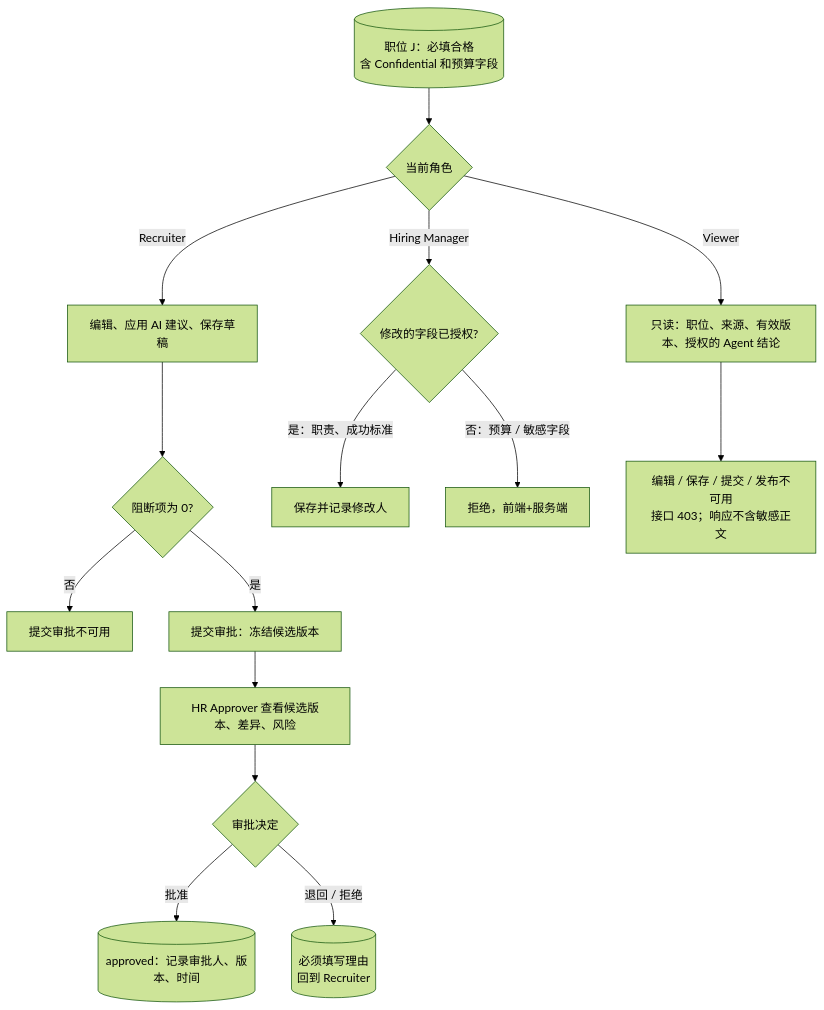
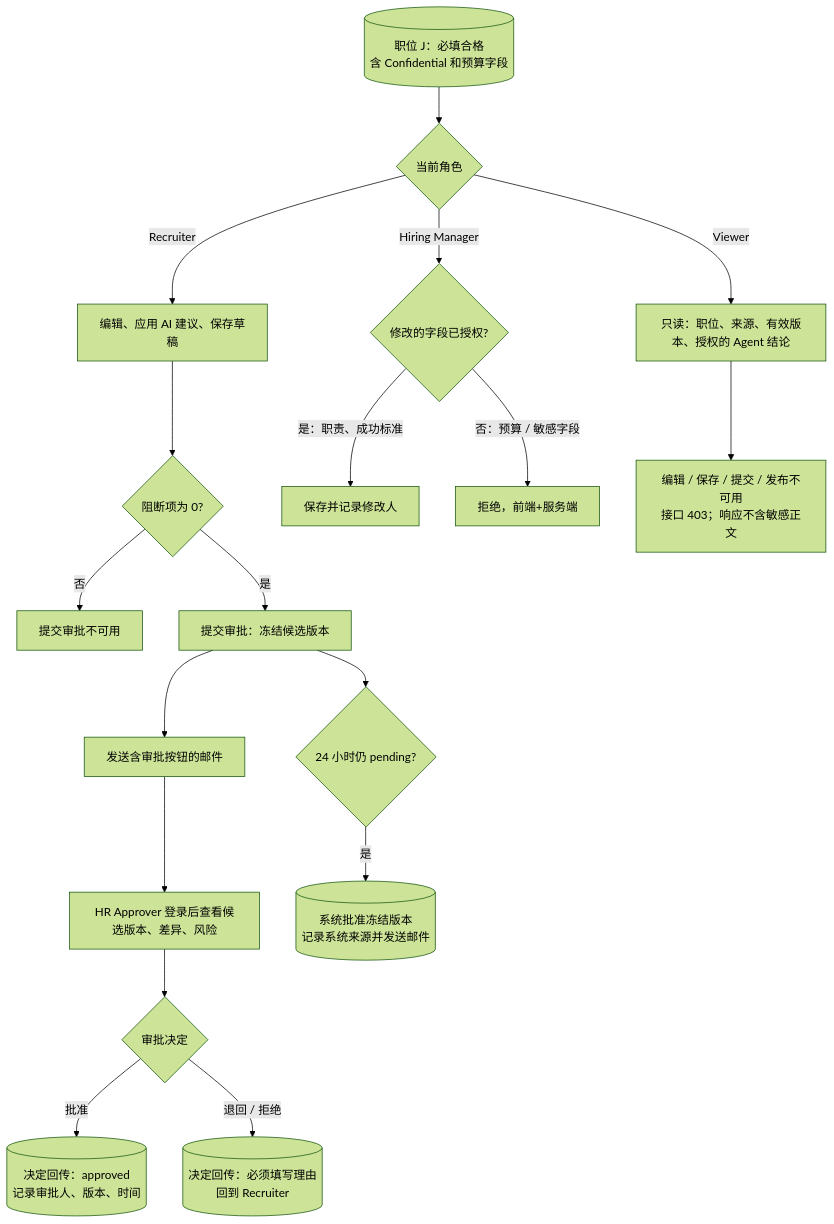
One commit to TelyAgent/HireOSV2 changed the diagram in docs/product/JD_Management/M7_Roles_Approval/User_Journey.md. Above: the diagram before and after it, drawn with Mermaid (forest theme). The commit also changed other lines of this file and 327 other files, not shown here.

````diff
--- a/docs/product/JD_Management/M7_Roles_Approval/User_Journey.md
+++ b/docs/product/JD_Management/M7_Roles_Approval/User_Journey.md
@@ -39,17 +39,20 @@
 ```mermaid
 flowchart TD
   J[(职位 J：必填合格<br/>含 Confidential 和预算字段)] --> W{当前角色}
   W -->|Recruiter| R1[编辑、应用 AI 建议、保存草稿]
   R1 --> R2{阻断项为 0?}
   R2 -->|否| RX[提交审批不可用]
   R2 -->|是| R3[提交审批：冻结候选版本]
   W -->|Hiring Manager| H1{修改的字段已授权?}
   H1 -->|是：职责、成功标准| H2[保存并记录修改人]
   H1 -->|否：预算 / 敏感字段| HX[拒绝，前端+服务端]
-  R3 --> A1[HR Approver 查看候选版本、差异、风险]
+  R3 --> EM[发送含审批按钮的邮件]
+  EM --> A1[HR Approver 登录后查看候选版本、差异、风险]
   A1 --> A2{审批决定}
-  A2 -->|批准| A3[(approved：记录审批人、版本、时间)]
-  A2 -->|退回 / 拒绝| A4[(必须填写理由<br/>回到 Recruiter)]
+  A2 -->|批准| A3[(决定回传：approved<br/>记录审批人、版本、时间)]
+  A2 -->|退回 / 拒绝| A4[(决定回传：必须填写理由<br/>回到 Recruiter)]
+  R3 --> T24{24 小时仍 pending?}
+  T24 -->|是| SA[(系统批准冻结版本<br/>记录系统来源并发送邮件)]
   W -->|Viewer| V1[只读：职位、来源、有效版本、授权的 Agent 结论]
   V1 --> VX[编辑 / 保存 / 提交 / 发布不可用<br/>接口 403；响应不含敏感正文]
 ```
````
